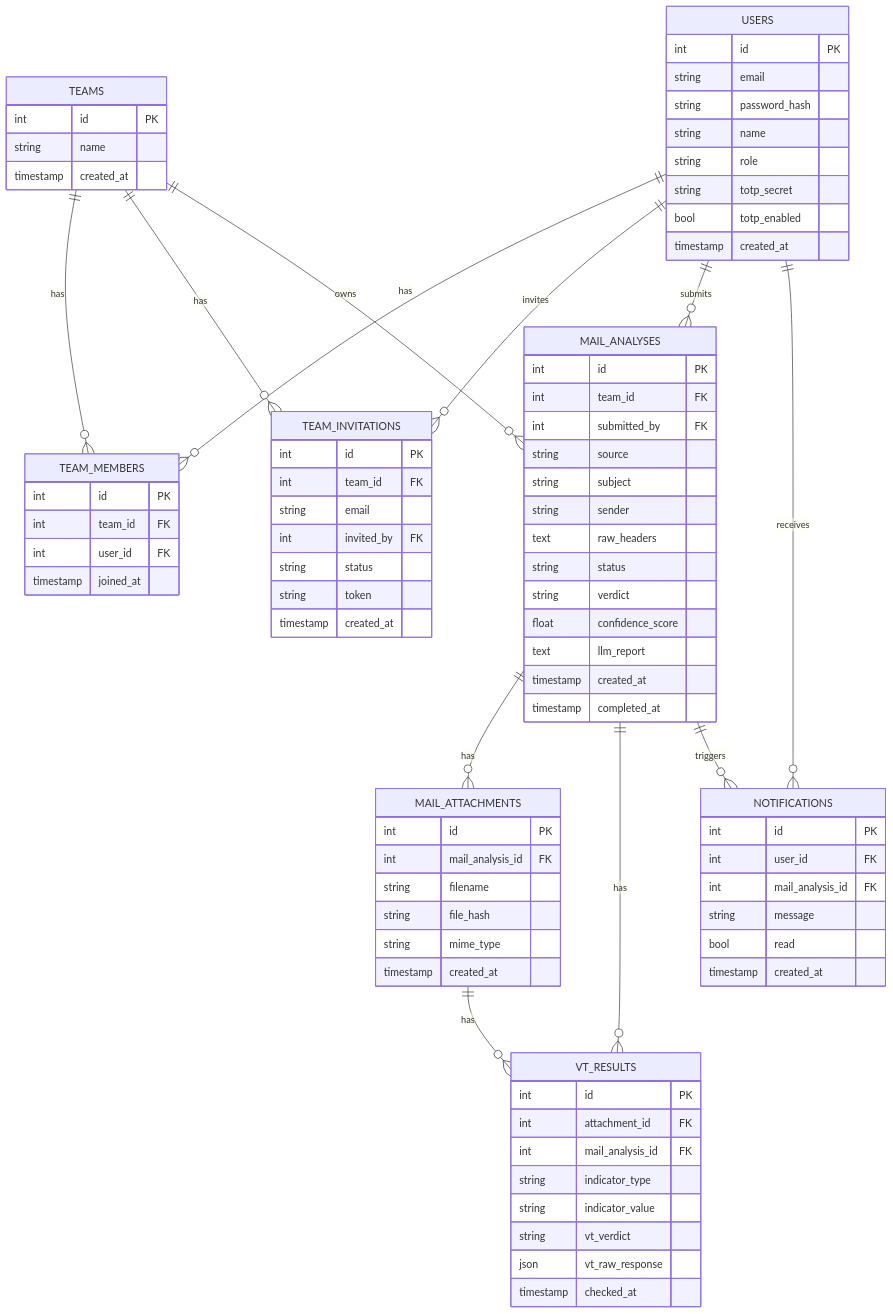
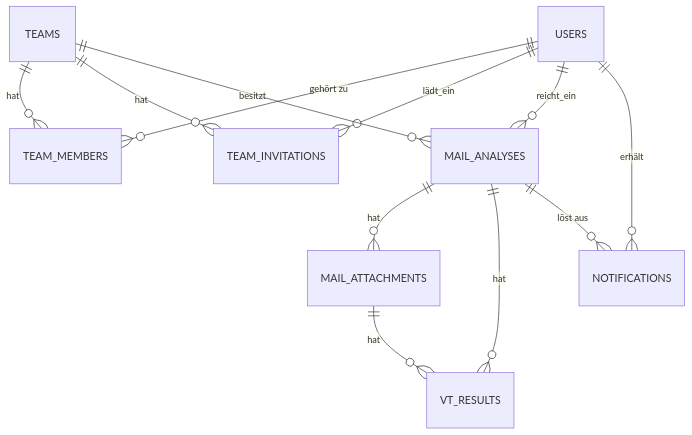
Before and after one commit to teamphive/phisheye: the diagram in docs/data-model.md, drawn with Mermaid. The commit also changed other lines of this file and 6 other files, not shown here.

````diff
--- a/docs/data-model.md
+++ b/docs/data-model.md
@@ -101,86 +105,14 @@
 ```mermaid
 erDiagram
-  USERS ||--o{ TEAM_MEMBERS : has
-  TEAMS ||--o{ TEAM_MEMBERS : has
-  TEAMS ||--o{ TEAM_INVITATIONS : has
-  USERS ||--o{ TEAM_INVITATIONS : invites
-  TEAMS ||--o{ MAIL_ANALYSES : owns
-  USERS ||--o{ MAIL_ANALYSES : submits
-  MAIL_ANALYSES ||--o{ MAIL_ATTACHMENTS : has
-  MAIL_ANALYSES ||--o{ VT_RESULTS : has
-  MAIL_ATTACHMENTS ||--o{ VT_RESULTS : has
-  USERS ||--o{ NOTIFICATIONS : receives
-  MAIL_ANALYSES ||--o{ NOTIFICATIONS : triggers
-
-  USERS {
-    int id PK
-    string email
-    string password_hash
-    string name
-    string role
-    string totp_secret
-    bool totp_enabled
-    timestamp created_at
-  }
-  TEAMS {
-    int id PK
-    string name
-    timestamp created_at
-  }
-  TEAM_MEMBERS {
-    int id PK
-    int team_id FK
-    int user_id FK
-    timestamp joined_at
-  }
-  TEAM_INVITATIONS {
-    int id PK
-    int team_id FK
-    string email
-    int invited_by FK
-    string status
-    string token
-    timestamp created_at
-  }
-  MAIL_ANALYSES {
-    int id PK
-    int team_id FK
-    int submitted_by FK
-    string source
-    string subject
-    string sender
-    text raw_headers
-    string status
-    string verdict
-    float confidence_score
-    text llm_report
-    timestamp created_at
-    timestamp completed_at
-  }
-  MAIL_ATTACHMENTS {
-    int id PK
-    int mail_analysis_id FK
-    string filename
-    string file_hash
-    string mime_type
-    timestamp created_at
-  }
-  VT_RESULTS {
-    int id PK
-    int attachment_id FK
-    int mail_analysis_id FK
-    string indicator_type
-    string indicator_value
-    string vt_verdict
-    json vt_raw_response
-    timestamp checked_at
-  }
-  NOTIFICATIONS {
-    int id PK
-    int user_id FK
-    int mail_analysis_id FK
-    string message
-    bool read
-    timestamp created_at
-  }
+  USERS ||--o{ TEAM_MEMBERS : "gehört zu"
+  TEAMS ||--o{ TEAM_MEMBERS : hat
+  TEAMS ||--o{ TEAM_INVITATIONS : hat
+  USERS ||--o{ TEAM_INVITATIONS : lädt_ein
+  TEAMS ||--o{ MAIL_ANALYSES : besitzt
+  USERS ||--o{ MAIL_ANALYSES : reicht_ein
+  MAIL_ANALYSES ||--o{ MAIL_ATTACHMENTS : hat
+  MAIL_ANALYSES ||--o{ VT_RESULTS : hat
+  MAIL_ATTACHMENTS ||--o{ VT_RESULTS : hat
+  USERS ||--o{ NOTIFICATIONS : erhält
+  MAIL_ANALYSES ||--o{ NOTIFICATIONS : "löst aus"
 ```
````
